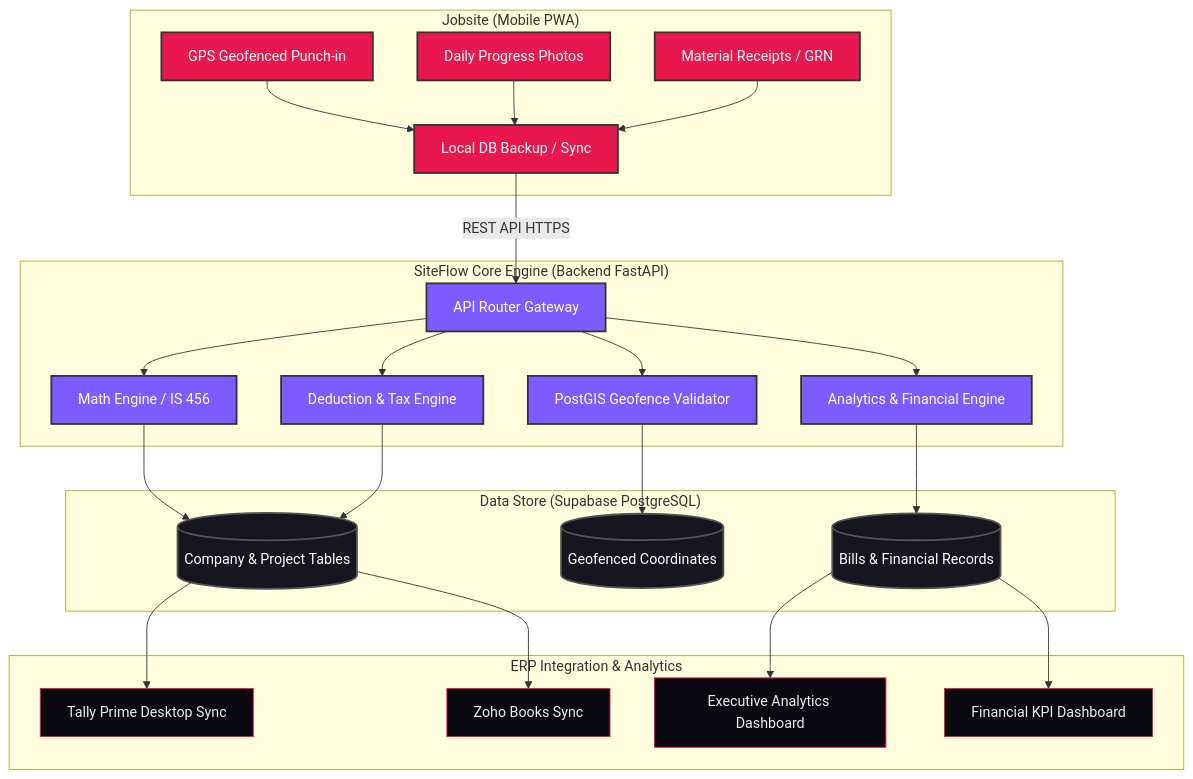
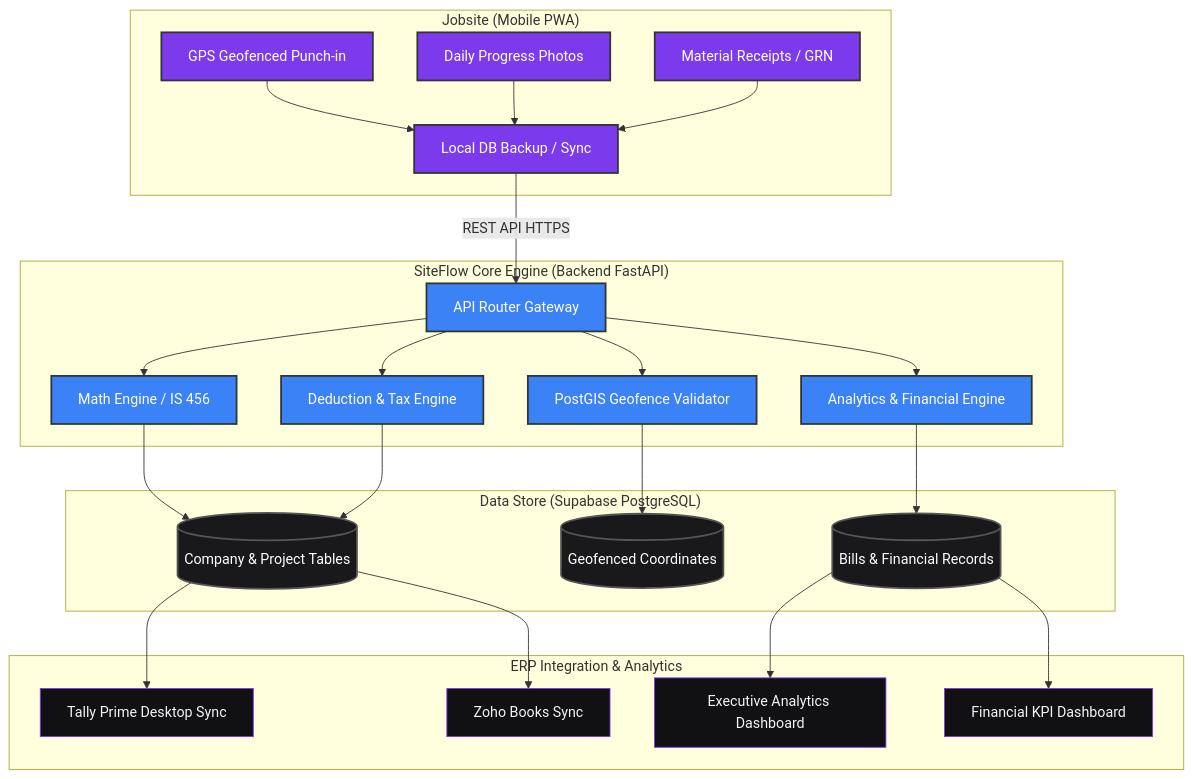
The second of 2 diagrams in README.md (yieldchaser/Construction-Management-ERP-Software), drawn with Mermaid before and after one commit. The commit also changed other lines of this file and 104 other files, not shown here.

Commit message:
feat: Complete design system overhaul & company-level modules (Onboarding, Projects, Gantt schedule, approvals, todo, libraries) matching parity

````diff
--- a/README.md
+++ b/README.md
@@ -281,40 +290,40 @@
 ```mermaid
 graph TD
     subgraph Jobsite ["Jobsite (Mobile PWA)"]
         A1[GPS Geofenced Punch-in] --> B1[Local DB Backup / Sync]
         A2[Daily Progress Photos] --> B1
         A3[Material Receipts / GRN] --> B1
     end
 
     subgraph CoreEngine ["SiteFlow Core Engine (Backend FastAPI)"]
         B1 -- REST API HTTPS --> C1[API Router Gateway]
         C1 --> C2[Math Engine / IS 456]
         C1 --> C3[Deduction & Tax Engine]
         C1 --> C4[PostGIS Geofence Validator]
         C1 --> C5[Analytics & Financial Engine]
     end
 
     subgraph DataStore ["Data Store (Supabase PostgreSQL)"]
         C2 --> D1[(Company & Project Tables)]
         C3 --> D1
         C4 --> D2[(Geofenced Coordinates)]
         C5 --> D3[(Bills & Financial Records)]
     end
 
     subgraph ERP ["ERP Integration & Analytics"]
         D1 --> E1[Tally Prime Desktop Sync]
         D1 --> E2[Zoho Books Sync]
         D3 --> E3[Executive Analytics Dashboard]
         D3 --> E4[Financial KPI Dashboard]
     end
 
-    classDef site fill:#E8184C,stroke:#333,stroke-width:2px,color:#fff;
-    classDef core fill:#7C5CFF,stroke:#333,stroke-width:2px,color:#fff;
-    classDef db fill:#171520,stroke:#555,stroke-width:2px,color:#fff;
-    classDef integrations fill:#0B0910,stroke:#E8184C,stroke-width:1px,color:#ededed;
+    classDef site fill:#7C3AED,stroke:#333,stroke-width:2px,color:#fff;
+    classDef core fill:#3B82F6,stroke:#333,stroke-width:2px,color:#fff;
+    classDef db fill:#19191C,stroke:#555,stroke-width:2px,color:#fff;
+    classDef integrations fill:#111113,stroke:#7C3AED,stroke-width:1px,color:#F3F4F6;
     
     class A1,A2,A3,B1 site;
     class C1,C2,C3,C4,C5 core;
     class D1,D2,D3 db;
     class E1,E2,E3,E4 integrations;
 ```
````
